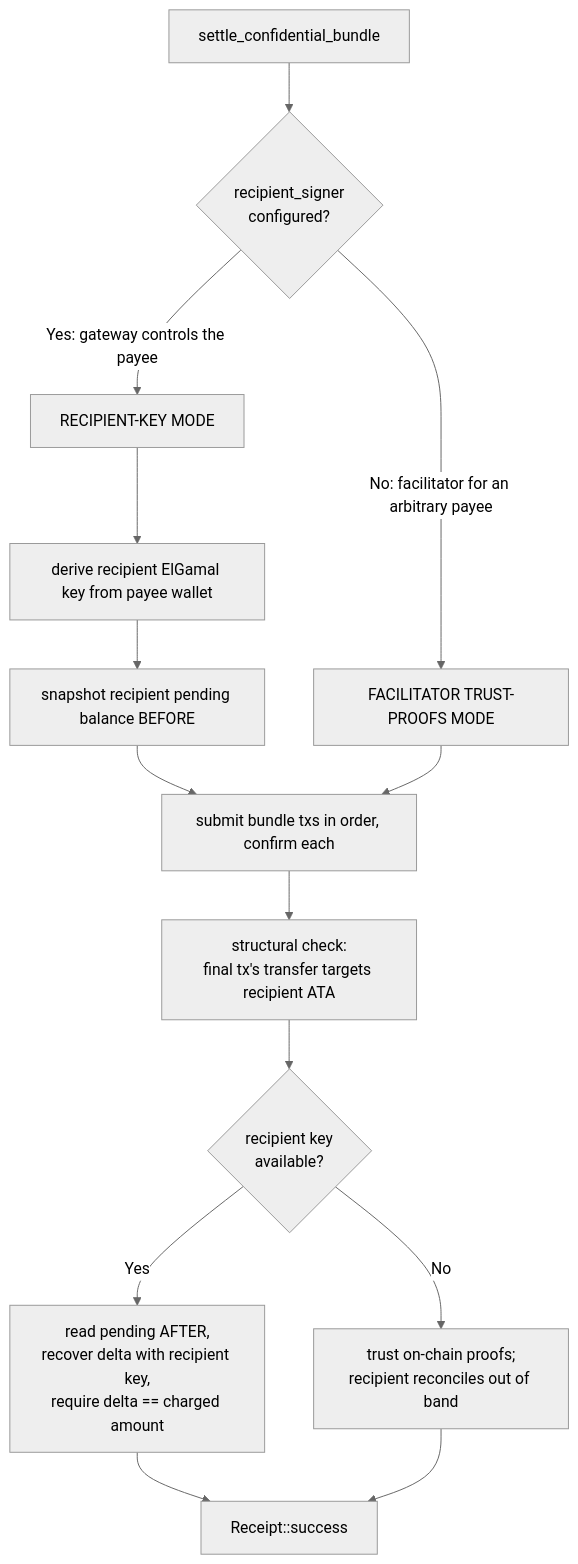
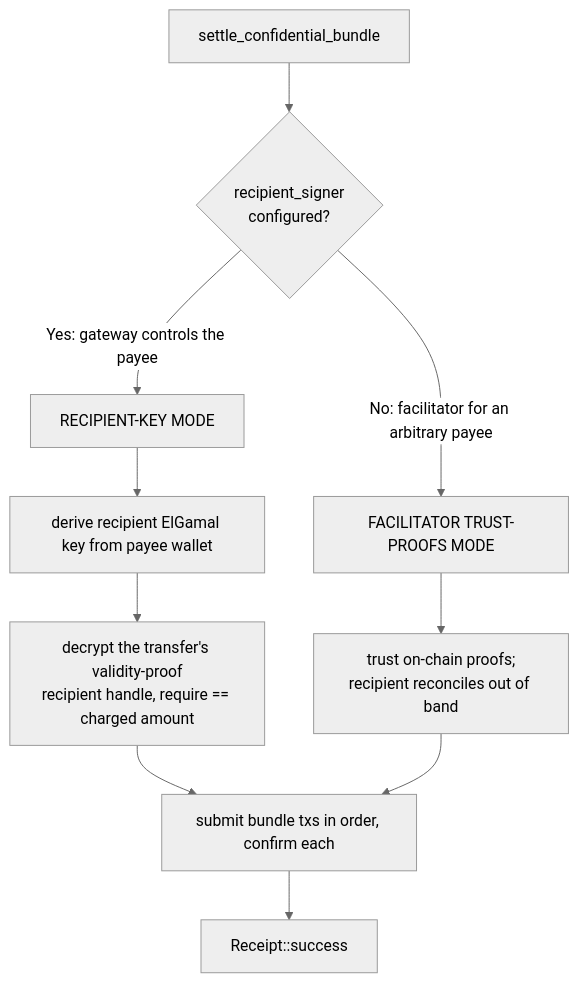
The seventh of 7 diagrams in rust/crates/kit/docs/confidential-transfers.md (solana-foundation/pay-kit), drawn with Mermaid (neutral theme) before and after one commit. The commit also changed other lines of this file and 4 other files, not shown here.

First line of the commit message:
fix(confidential): verify the transfer's own amount instead of a balance delta

````diff
--- a/rust/crates/kit/docs/confidential-transfers.md
+++ b/rust/crates/kit/docs/confidential-transfers.md
@@ -466,19 +467,13 @@
 ```mermaid
 flowchart TD
     Start["settle_confidential_bundle"] --> Q{recipient_signer<br/>configured?}
     Q -->|Yes: gateway controls the payee| RK["RECIPIENT-KEY MODE"]
     Q -->|No: facilitator for an arbitrary payee| FP["FACILITATOR TRUST-PROOFS MODE"]
 
     RK --> RK1["derive recipient ElGamal key from payee wallet"]
-    RK1 --> RK2["snapshot recipient pending balance BEFORE"]
+    RK1 --> RK2["decrypt the transfer's validity-proof<br/>recipient handle, require == charged amount"]
     RK2 --> Sub["submit bundle txs in order, confirm each"]
-    FP --> Sub
-
-    Sub --> Struct["structural check:<br/>final tx's transfer targets recipient ATA"]
-
-    Struct --> Q2{recipient key<br/>available?}
-    Q2 -->|Yes| RK3["read pending AFTER,<br/>recover delta with recipient key,<br/>require delta == charged amount"]
-    Q2 -->|No| FP2["trust on-chain proofs;<br/>recipient reconciles out of band"]
-    RK3 --> Done["Receipt::success"]
-    FP2 --> Done
+    FP --> FP2["trust on-chain proofs;<br/>recipient reconciles out of band"]
+    FP2 --> Sub
+    Sub --> Done["Receipt::success"]
 ```
````
